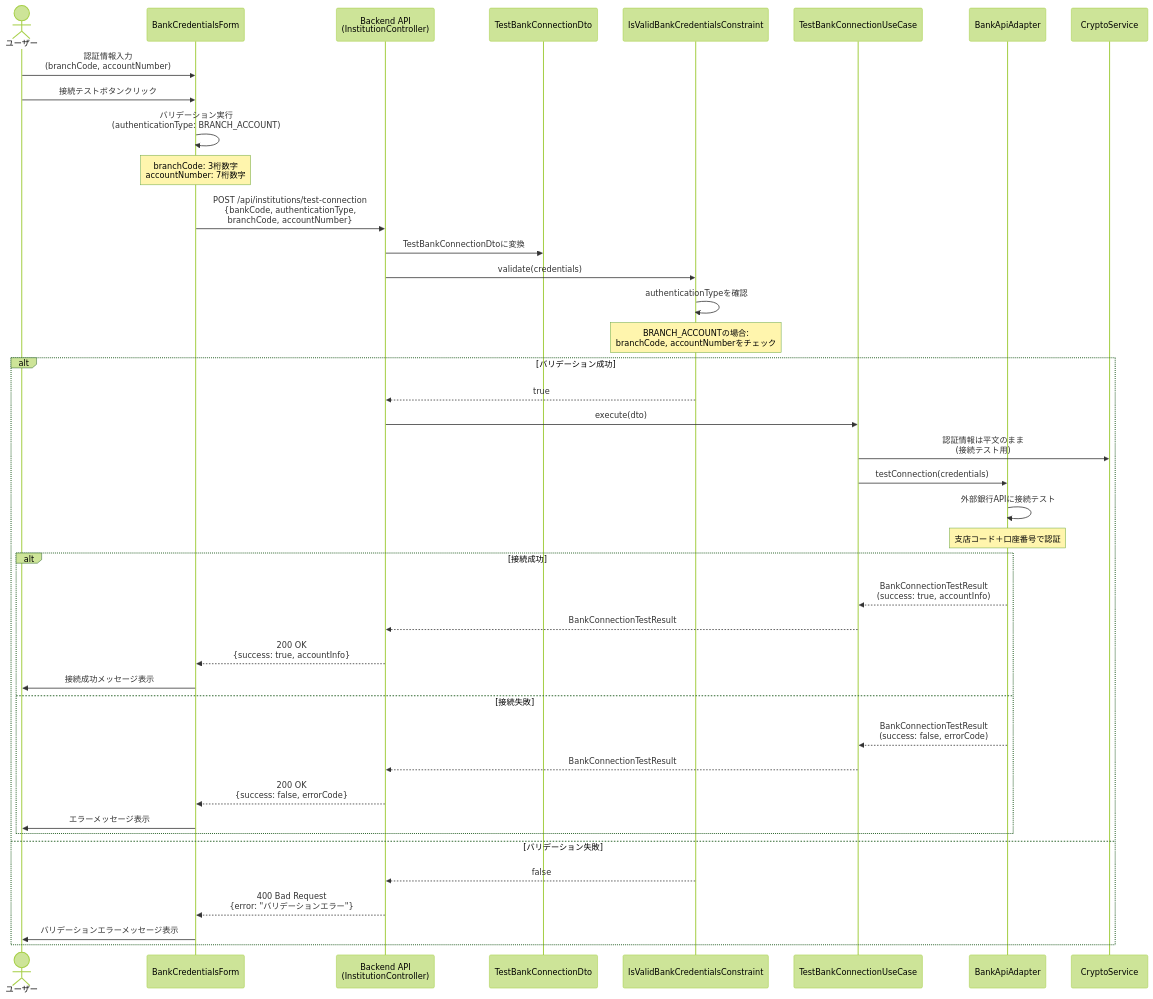
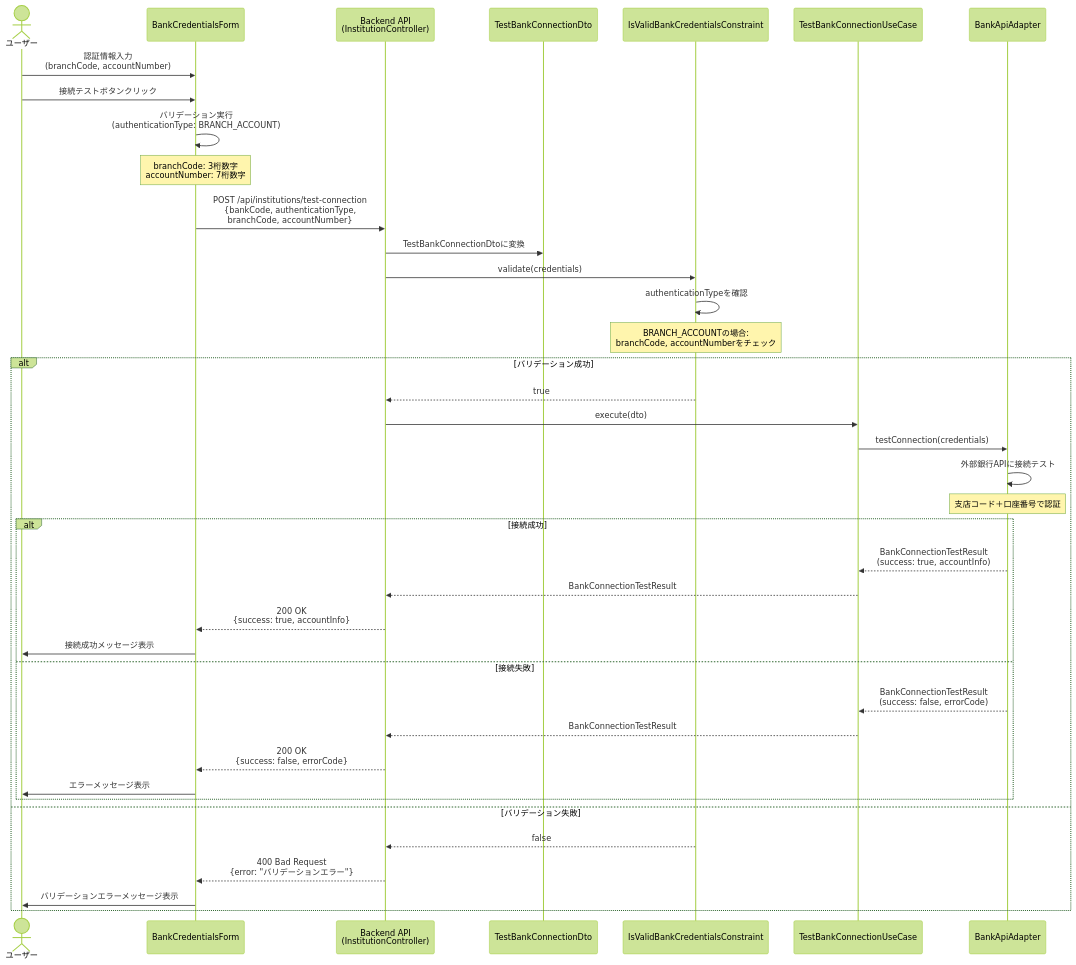
The second of 13 diagrams in docs/detailed-design/FR-410_bank-authentication-extension/sequence-diagrams.md (kencom2400/account-book), drawn with Mermaid (forest theme) before and after one commit.

Commit message:
docs: Gemini指摘対応 - 接続テストフローからCryptoService呼び出しを削除 (Issue #410)
- 接続テストの段階では認証情報を暗号化する必要がないため、CryptoServiceへの呼び出しを削除
- participant定義も削除して図の意図を明確化

````diff
--- a/docs/detailed-design/FR-410_bank-authentication-extension/sequence-diagrams.md
+++ b/docs/detailed-design/FR-410_bank-authentication-extension/sequence-diagrams.md
@@ -111,52 +111,50 @@
 ```mermaid
 sequenceDiagram
     actor User as ユーザー
     participant Form as BankCredentialsForm
     participant API as Backend API<br/>(InstitutionController)
     participant DTO as TestBankConnectionDto
     participant Validator as IsValidBankCredentialsConstraint
     participant UC as TestBankConnectionUseCase
     participant Adapter as BankApiAdapter
-    participant Crypto as CryptoService
 
     User->>Form: 認証情報入力<br/>(branchCode, accountNumber)
     User->>Form: 接続テストボタンクリック
 
     Form->>Form: バリデーション実行<br/>(authenticationType: BRANCH_ACCOUNT)
     Note over Form: branchCode: 3桁数字<br/>accountNumber: 7桁数字
 
     Form->>API: POST /api/institutions/test-connection<br/>{bankCode, authenticationType,<br/>branchCode, accountNumber}
 
     API->>DTO: TestBankConnectionDtoに変換
     API->>Validator: validate(credentials)
 
     Validator->>Validator: authenticationTypeを確認
     Note over Validator: BRANCH_ACCOUNTの場合:<br/>branchCode, accountNumberをチェック
 
     alt バリデーション成功
         Validator-->>API: true
         API->>UC: execute(dto)
 
-        UC->>Crypto: 認証情報は平文のまま<br/>(接続テスト用)
         UC->>Adapter: testConnection(credentials)
 
         Adapter->>Adapter: 外部銀行APIに接続テスト
         Note over Adapter: 支店コード＋口座番号で認証
 
         alt 接続成功
             Adapter-->>UC: BankConnectionTestResult<br/>(success: true, accountInfo)
             UC-->>API: BankConnectionTestResult
             API-->>Form: 200 OK<br/>{success: true, accountInfo}
             Form->>User: 接続成功メッセージ表示
         else 接続失敗
             Adapter-->>UC: BankConnectionTestResult<br/>(success: false, errorCode)
             UC-->>API: BankConnectionTestResult
             API-->>Form: 200 OK<br/>{success: false, errorCode}
             Form->>User: エラーメッセージ表示
         end
     else バリデーション失敗
         Validator-->>API: false
         API-->>Form: 400 Bad Request<br/>{error: "バリデーションエラー"}
         Form->>User: バリデーションエラーメッセージ表示
     end
 ```
````
